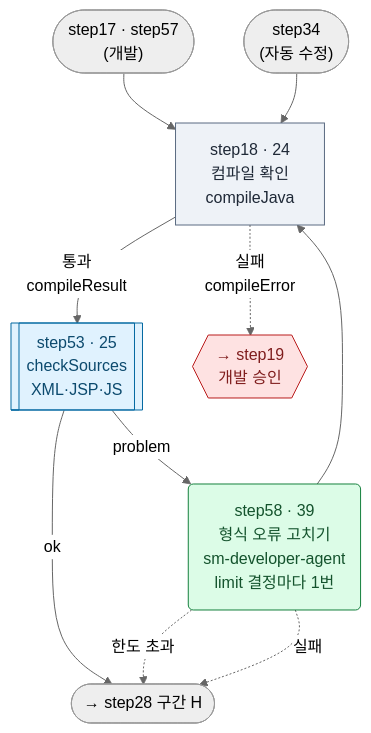
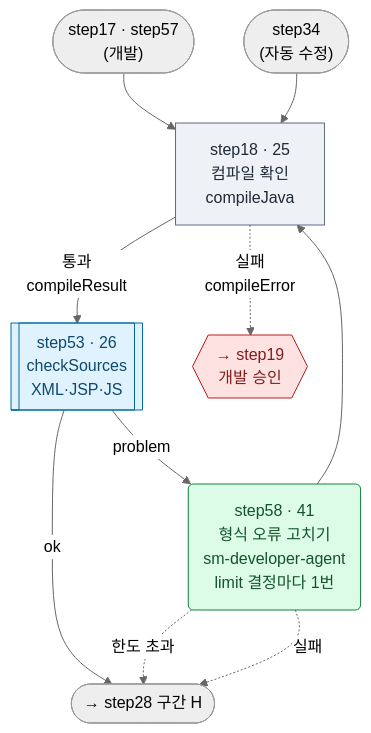
Diagram 13 of 24 in docs/09.dstone-ai-engine-sm-workflow.md (YongSoekChoeng/dstone), drawn with Mermaid (neutral theme) before and after one commit. The commit also changed other lines of this file and 9 other files, not shown here.

````diff
--- a/docs/09.dstone-ai-engine-sm-workflow.md
+++ b/docs/09.dstone-ai-engine-sm-workflow.md
@@ -982,18 +996,18 @@
 ```mermaid
 flowchart TD
     FROM1(["step17 · step57<br/>(개발)"]) --> step18
     FROM3(["step34<br/>(자동 수정)"]) --> step18
-    step18["step18 · 24<br/>컴파일 확인<br/>compileJava"]:::tool
-    step18 -->|"통과<br/>compileResult"| step53[["step53 · 25<br/>checkSources<br/>XML·JSP·JS"]]:::route
+    step18["step18 · 25<br/>컴파일 확인<br/>compileJava"]:::tool
+    step18 -->|"통과<br/>compileResult"| step53[["step53 · 26<br/>checkSources<br/>XML·JSP·JS"]]:::route
     step18 -.->|"실패<br/>compileError"| step19{{"→ step19<br/>개발 승인"}}:::appr
     step53 -->|ok| step28(["→ step28 구간 H"])
-    step53 -->|problem| step58("step58 · 39<br/>형식 오류 고치기<br/>sm-developer-agent<br/>limit 결정마다 1번"):::agent
+    step53 -->|problem| step58("step58 · 41<br/>형식 오류 고치기<br/>sm-developer-agent<br/>limit 결정마다 1번"):::agent
     step58 -.->|한도 초과| step28
     step58 --> step18
     step58 -.->|실패| step28
 
     classDef tool fill:#eef2f7,stroke:#5b6b82,color:#1f2937
     classDef route fill:#e0f2fe,stroke:#0369a1,color:#0c4a6e
     classDef agent fill:#dcfce7,stroke:#15803d,color:#14532d
     classDef appr fill:#fee2e2,stroke:#b91c1c,color:#7f1d1d
 ```
````
